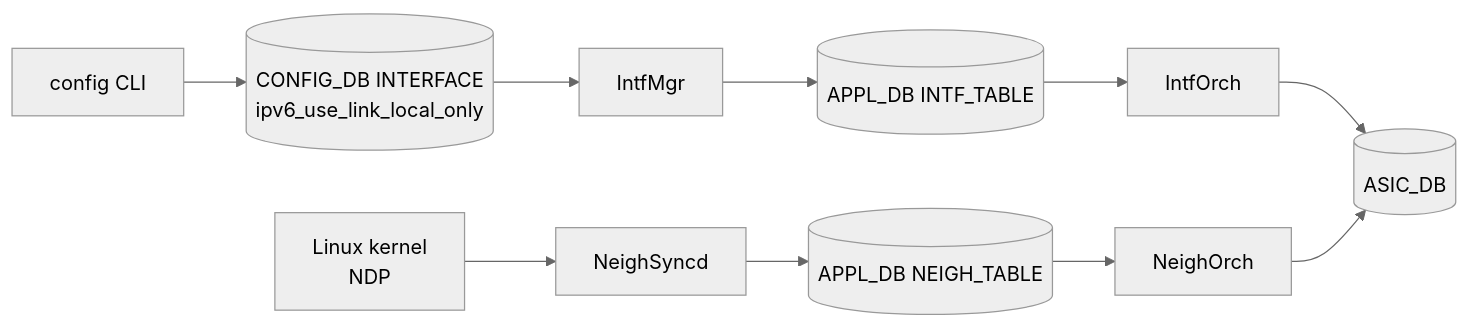
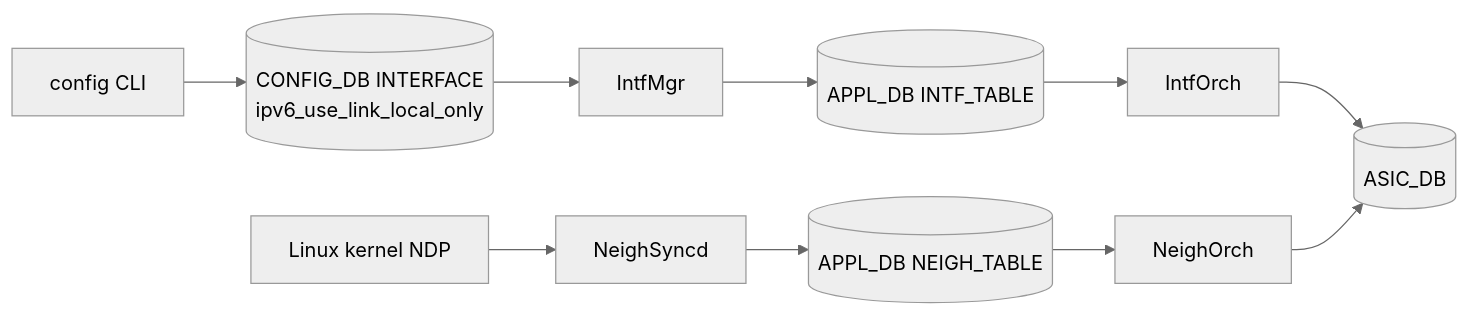
The diagram in docs/routing/ipv6-link-local-enhancements.md (aoki-taquan/sonic-unofficial-docs), drawn with Mermaid (neutral theme) before and after one commit. The commit also changed other lines of this file and 5 other files, not shown here.

````diff
--- a/docs/routing/ipv6-link-local-enhancements.md
+++ b/docs/routing/ipv6-link-local-enhancements.md
@@ -89,12 +82,6 @@
 ```mermaid
 flowchart LR
-    CLI[config CLI] --> CDB[(CONFIG_DB INTERFACE\n ipv6_use_link_local_only)]
-    CDB --> IM[IntfMgr]
-    IM --> ADB[(APPL_DB INTF_TABLE)]
-    ADB --> IO[IntfOrch]
-    IO --> ASIC[(ASIC_DB)]
-    Kernel[Linux kernel\n NDP] --> NS[NeighSyncd]
-    NS --> ADB2[(APPL_DB NEIGH_TABLE)]
-    ADB2 --> NO[NeighOrch]
-    NO --> ASIC
+    CLI[config CLI] --> CDB[(CONFIG_DB INTERFACE<br/>ipv6_use_link_local_only)]
+    CDB --> IM[IntfMgr] --> ADB[(APPL_DB INTF_TABLE)] --> IO[IntfOrch] --> ASIC[(ASIC_DB)]
+    Kernel[Linux kernel NDP] --> NS[NeighSyncd] --> ADB2[(APPL_DB NEIGH_TABLE)] --> NO[NeighOrch] --> ASIC
 ```
````
